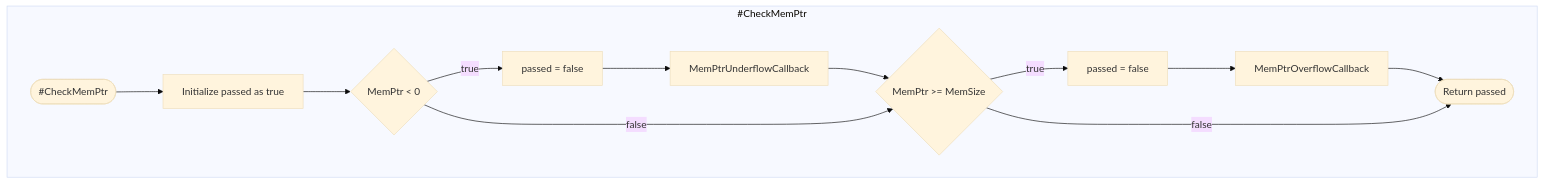
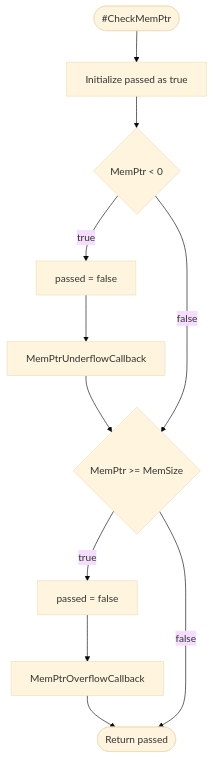
Before and after one commit to BCS21090011/BrainFucker: diagram 14 of 28 in src/Classes_Info/BrainfuckExecuter.md, drawn with Mermaid (base theme). The commit also changed other lines of this file, not shown here.

Commit message:
Adjust mermaid flowcharts

````diff
--- a/src/Classes_Info/BrainfuckExecuter.md
+++ b/src/Classes_Info/BrainfuckExecuter.md
@@ -672,39 +658,37 @@
 ```mermaid
 flowchart TD
 
-subgraph #CheckMemPtr
-    Start([#CheckMemPtr])
-    InitializeFlag[Initialize passed as true]
-    IsMemPtrUnderflow{MemPtr < 0}
-    FlagUnderflow[passed = false]
-    MemPtrUnderflowCallback
-    IsMemPtrOverflow{MemPtr >= MemSize}
-    FlagOverflow[passed = false]
-    MemPtrOverflowCallback
-    End([Return passed])
-end
+Start([#CheckMemPtr])
+InitializeFlag[Initialize passed as true]
+IsMemPtrUnderflow{MemPtr < 0}
+FlagUnderflow[passed = false]
+MemPtrUnderflowCallback
+IsMemPtrOverflow{MemPtr >= MemSize}
+FlagOverflow[passed = false]
+MemPtrOverflowCallback
+End([Return passed])
 
 Start
 -->
 InitializeFlag
 -->
 IsMemPtrUnderflow
 --true-->
 FlagUnderflow
 -->
 MemPtrUnderflowCallback
 -->
 IsMemPtrOverflow
 --true-->
 FlagOverflow
 -->
 MemPtrOverflowCallback
 -->
 End
 
 IsMemPtrUnderflow
 --false-->
 IsMemPtrOverflow
 --false-->
 End
 ```
````
